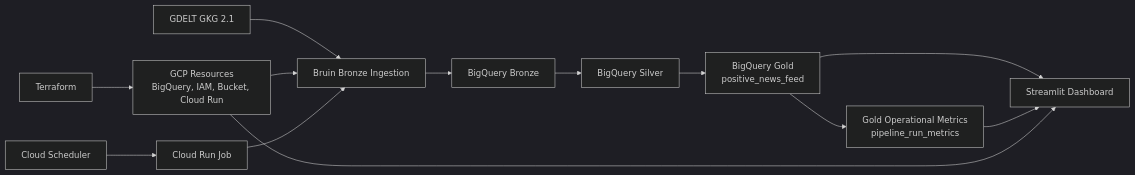
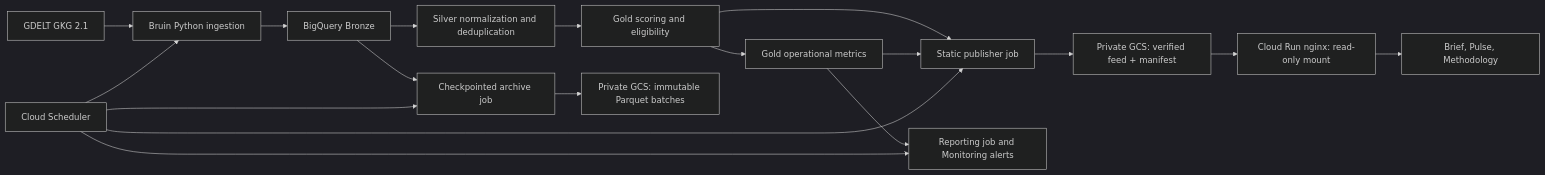
Before and after one commit to shashank-d3v/tidingsiq: the diagram in docs/architecture.md, drawn with Mermaid (dark theme). The commit also changed other lines of this file and 67 other files, not shown here.

Commit message:
Refactor ingestion pipeline and simplify data handling

````diff
--- a/docs/architecture.md
+++ b/docs/architecture.md
@@ -11,17 +15,20 @@
 ```mermaid
 flowchart LR
-    SRC["GDELT GKG 2.1"] --> BRUIN["Bruin Bronze Ingestion"]
-    BRUIN --> BQ_B["BigQuery Bronze"]
-    BQ_B --> BQ_S["BigQuery Silver"]
-    BQ_S --> BQ_G["BigQuery Gold<br/>positive_news_feed"]
-    BQ_G --> APP["Streamlit Dashboard"]
-    BQ_G --> METRICS["Gold Operational Metrics<br/>pipeline_run_metrics"]
-    METRICS --> APP
-
-    TF["Terraform"] --> GCP["GCP Resources<br/>BigQuery, IAM, Bucket, Cloud Run"]
-    GCP --> BRUIN
-    GCP --> APP
-
-    SCHED["Cloud Scheduler"] --> JOB["Cloud Run Job"]
-    JOB --> BRUIN
+    Source["GDELT GKG 2.1"] --> Ingest["Bruin Python ingestion"]
+    Ingest --> Bronze["BigQuery Bronze"]
+    Bronze --> Silver["Silver normalization and deduplication"]
+    Silver --> Gold["Gold scoring and eligibility"]
+    Gold --> Metrics["Gold operational metrics"]
+    Gold --> Publisher["Static publisher job"]
+    Metrics --> Publisher
+    Metrics --> Report["Reporting job and Monitoring alerts"]
+    Publisher --> Feed["Private GCS: verified feed + manifest"]
+    Feed --> Frontend["Cloud Run nginx: read-only mount"]
+    Frontend --> Browser["Brief, Pulse, Methodology"]
+    Bronze --> Archive["Checkpointed archive job"]
+    Archive --> Parquet["Private GCS: immutable Parquet batches"]
+    Scheduler["Cloud Scheduler"] --> Ingest
+    Scheduler --> Publisher
+    Scheduler --> Report
+    Scheduler --> Archive
 ```
````
